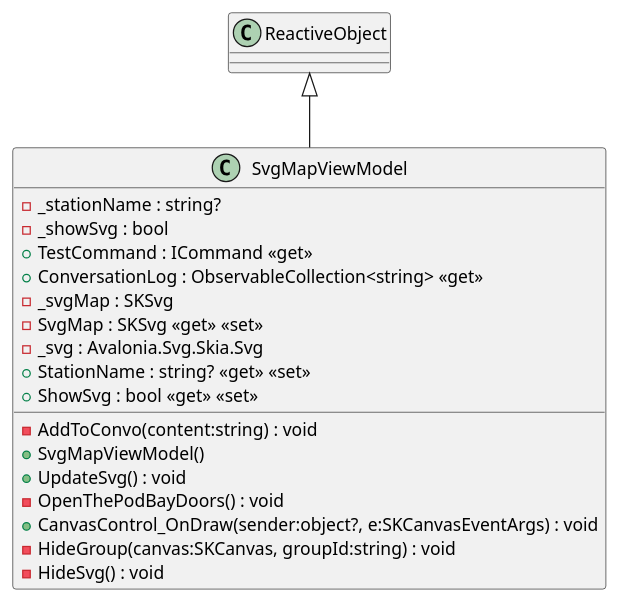
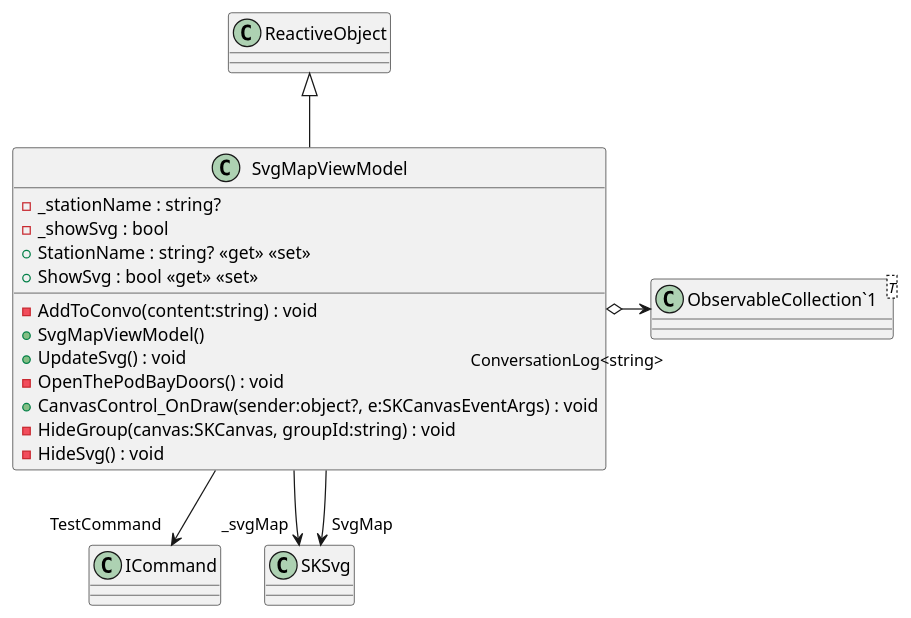
One commit to Liftyee/london-tube-navigator changed the diagram in TubeChallengeRouter/puml/MapSolverGUI/ViewModels/SVGMapViewModel.puml. Above: the diagram before and after it, drawn with PlantUML. The commit also changed 23 other files, not shown here.

Commit message:
update pumls and create GUI, Solver pumls with command dotnet puml-gen -createAssociation -allInOne MapSolverGUI/ViewModels/SolverControlViewModel.cs puml/GUIonly.puml

```diff
--- a/TubeChallengeRouter/puml/MapSolverGUI/ViewModels/SVGMapViewModel.puml
+++ b/TubeChallengeRouter/puml/MapSolverGUI/ViewModels/SVGMapViewModel.puml
@@ -1,21 +1,22 @@
 @startuml
 class SvgMapViewModel {
     - _stationName : string?
     - _showSvg : bool
-    + TestCommand : ICommand <<get>>
-    + ConversationLog : ObservableCollection<string> <<get>>
-    - _svgMap : SKSvg
-    - SvgMap : SKSvg <<get>> <<set>>
-    - _svg : Avalonia.Svg.Skia.Svg
     - AddToConvo(content:string) : void
     + SvgMapViewModel()
     + StationName : string? <<get>> <<set>>
     + ShowSvg : bool <<get>> <<set>>
     + UpdateSvg() : void
     - OpenThePodBayDoors() : void
     + CanvasControl_OnDraw(sender:object?, e:SKCanvasEventArgs) : void
     - HideGroup(canvas:SKCanvas, groupId:string) : void
     - HideSvg() : void
 }
+class "ObservableCollection`1"<T> {
+}
 ReactiveObject <|-- SvgMapViewModel
+SvgMapViewModel --> "TestCommand" ICommand
+SvgMapViewModel o-> "ConversationLog<string>" "ObservableCollection`1"
+SvgMapViewModel --> "_svgMap" SKSvg
+SvgMapViewModel --> "SvgMap" SKSvg
 @enduml
```
